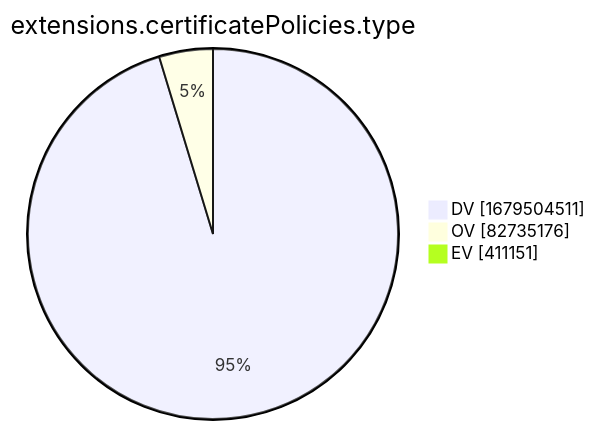
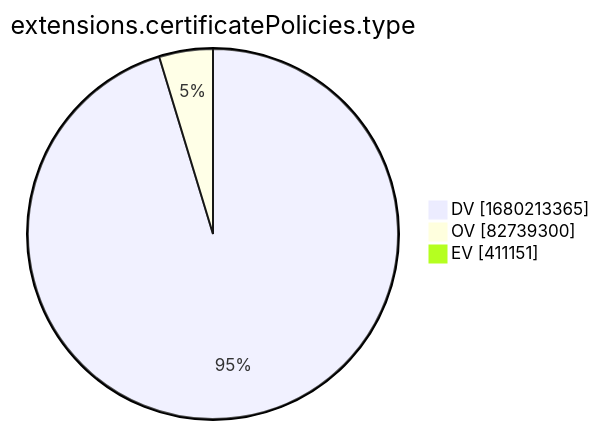
One commit to christiankrug/ctmonitor_visualization changed the tenth of 15 diagrams in xenon2022/README.md. Above: the diagram before and after it, drawn with Mermaid. The commit also changed other lines of this file, not shown here.

````diff
--- a/xenon2022/README.md
+++ b/xenon2022/README.md
@@ -2881,7 +2881,7 @@
 ```mermaid
 pie showData
 title extensions.certificatePolicies.type
-"DV" :1679504511
-"OV" :82735176
+"DV" :1680213365
+"OV" :82739300
 "EV" :411151
 ```
````
